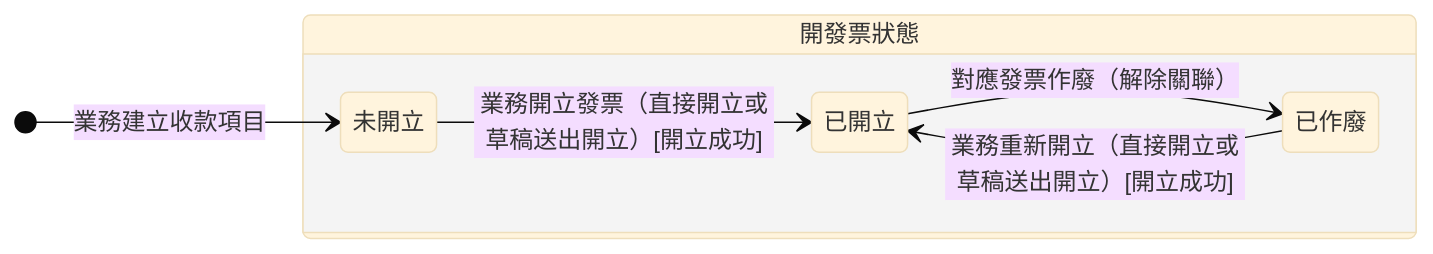
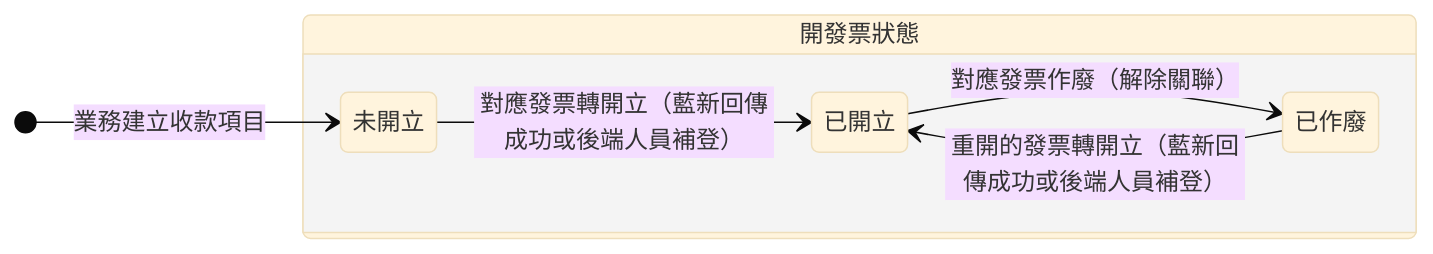
Before and after one commit to Kawato-Miles/erp-spec: the diagram in memory/Sens_wiki/wiki/erp/06-state-machines/收款項目開發票狀態.md, drawn with Mermaid (base theme). The commit also changed other lines of this file and 23 other files, not shown here.

````diff
--- a/memory/Sens_wiki/wiki/erp/06-state-machines/收款項目開發票狀態.md
+++ b/memory/Sens_wiki/wiki/erp/06-state-machines/收款項目開發票狀態.md
@@ -39,17 +40,17 @@
 ```mermaid
 stateDiagram-v2
     direction LR
 
     [*] --> i_none : 業務建立收款項目
 
     state "開發票狀態" as g_invoice {
         direction LR
         state "未開立" as i_none
         state "已開立" as i_issued
         state "已作廢" as i_void
 
-        i_none --> i_issued : 業務開立發票（直接開立或草稿送出開立）[開立成功]
+        i_none --> i_issued : 對應發票轉開立（藍新回傳成功或後端人員補登）
         i_issued --> i_void : 對應發票作廢（解除關聯）
-        i_void --> i_issued : 業務重新開立（直接開立或草稿送出開立）[開立成功]
+        i_void --> i_issued : 重開的發票轉開立（藍新回傳成功或後端人員補登）
     }
 ```
````
